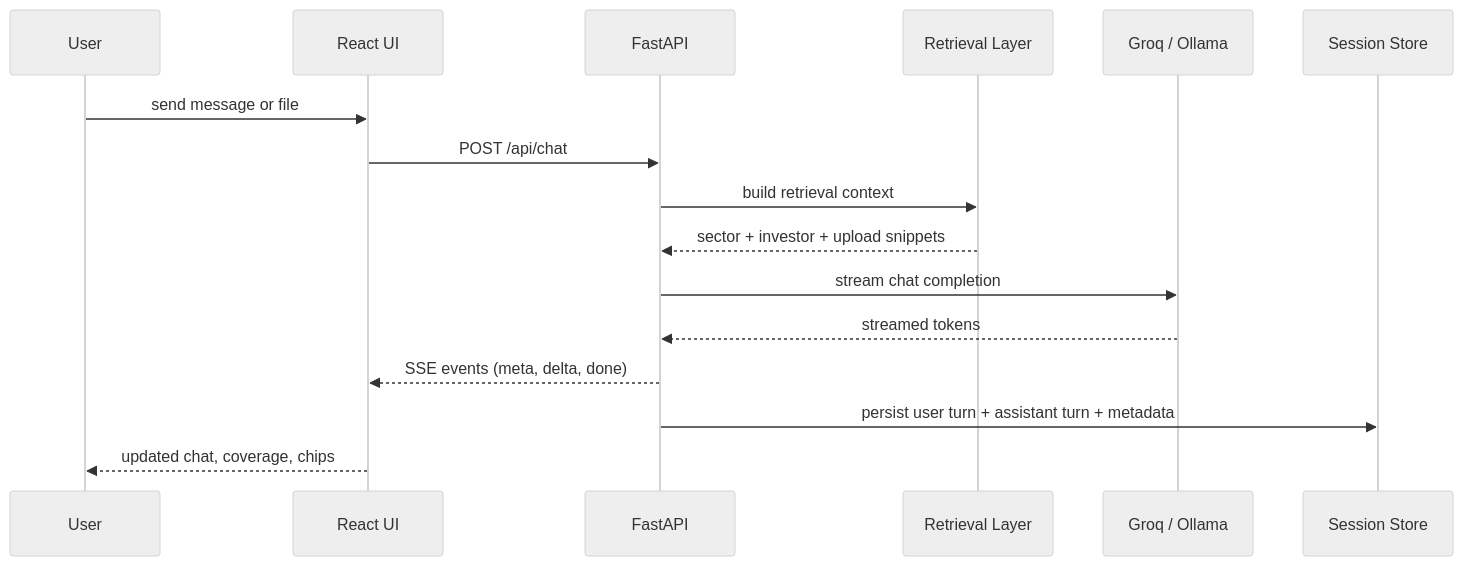
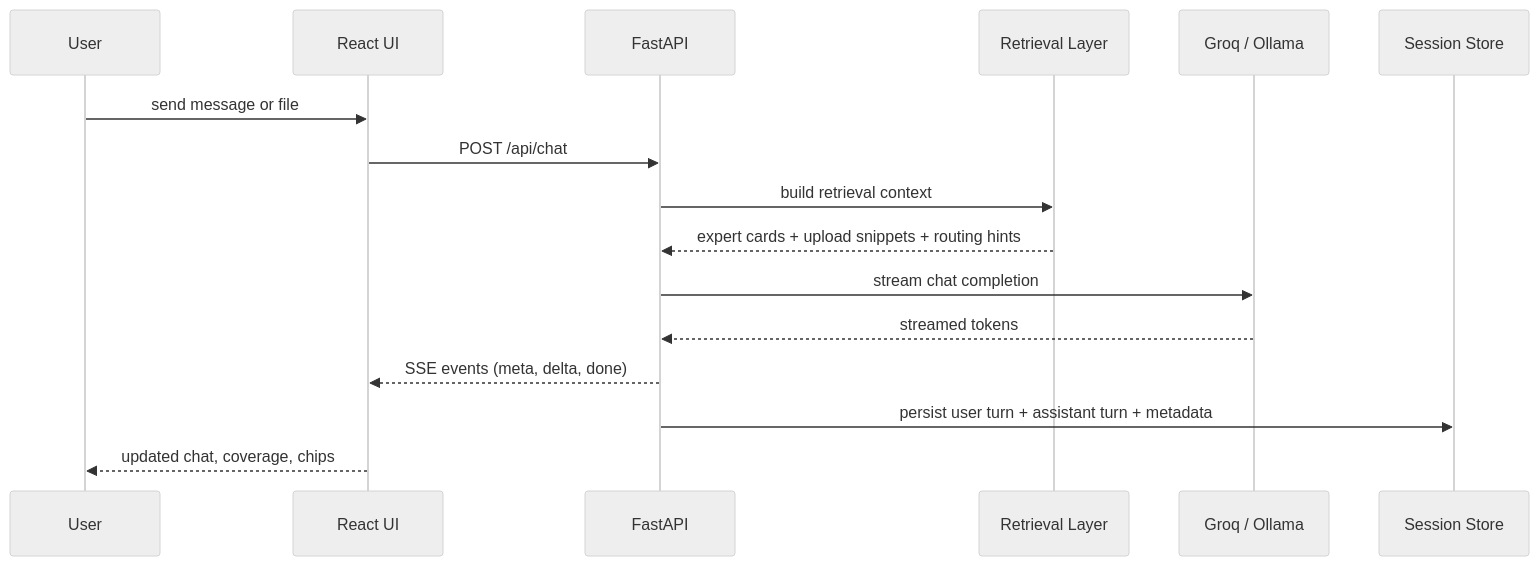
Before and after one commit to saimihirj/Sift: the fourth of 6 diagrams in docs/ARCHITECTURE.md, drawn with Mermaid (neutral theme). The commit also changed other lines of this file and 3 other files, not shown here.

````diff
--- a/docs/ARCHITECTURE.md
+++ b/docs/ARCHITECTURE.md
@@ -124,19 +120,19 @@
 ```mermaid
 sequenceDiagram
     participant User
     participant UI as React UI
     participant API as FastAPI
     participant RET as Retrieval Layer
     participant MODEL as Groq / Ollama
     participant DB as Session Store
 
     User->>UI: send message or file
     UI->>API: POST /api/chat
     API->>RET: build retrieval context
-    RET-->>API: sector + investor + upload snippets
+    RET-->>API: expert cards + upload snippets + routing hints
     API->>MODEL: stream chat completion
     MODEL-->>API: streamed tokens
     API-->>UI: SSE events (meta, delta, done)
     API->>DB: persist user turn + assistant turn + metadata
     UI-->>User: updated chat, coverage, chips
 ```
````
